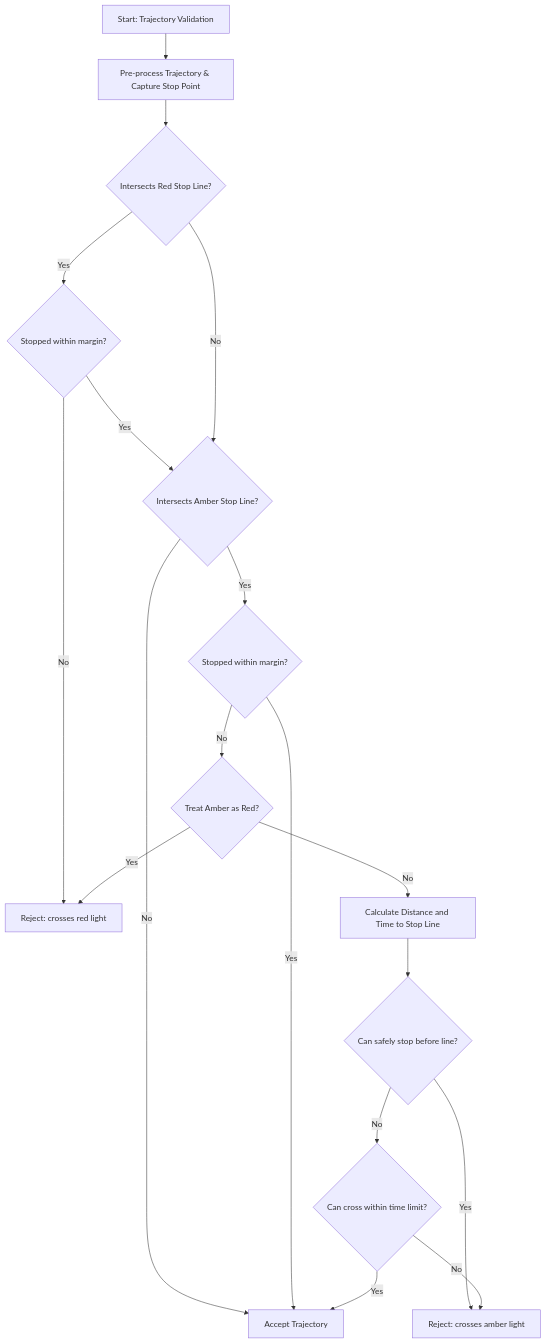
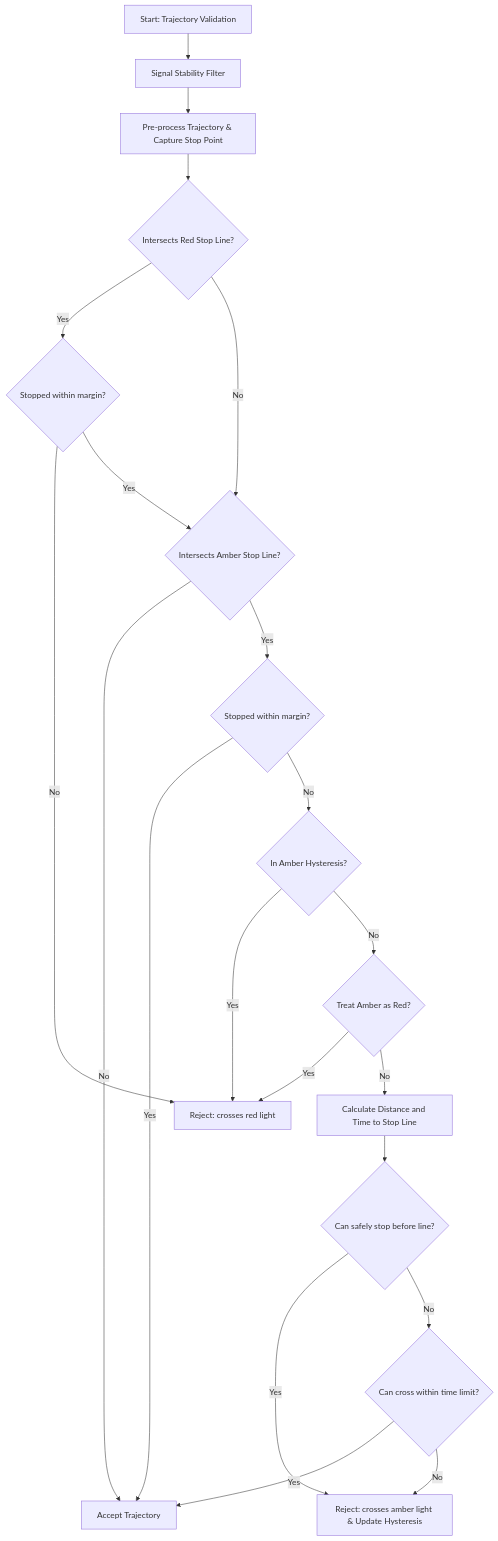
Before and after one commit to tier4/pilot_auto_planning: the diagram in universe/autoware_trajectory_validator/TrafficLightFilter.md, drawn with Mermaid. The commit also changed other lines of this file and 6 other files, not shown here.

Commit message:
feat(traffic_light_filter): add grace periods and hysteresis (tier4/autoware_universe#2992)

````diff
--- a/universe/autoware_trajectory_validator/TrafficLightFilter.md
+++ b/universe/autoware_trajectory_validator/TrafficLightFilter.md
@@ -33,20 +43,23 @@
 ```mermaid
 graph TD
-    A[Start: Trajectory Validation] --> B[Pre-process Trajectory & Capture Stop Point]
+    A[Start: Trajectory Validation] --> AS[Signal Stability Filter]
+    AS --> B[Pre-process Trajectory & Capture Stop Point]
     B --> C{Intersects Red Stop Line?}
     C -- Yes --> C1{Stopped within margin?}
     C1 -- No --> D[Reject: crosses red light]
     C1 -- Yes --> E{Intersects Amber Stop Line?}
     C -- No --> E
     E -- No --> F[Accept Trajectory]
     E -- Yes --> E1{Stopped within margin?}
     E1 -- Yes --> F
-    E1 -- No --> G{Treat Amber as Red?}
+    E1 -- No --> E2{In Amber Hysteresis?}
+    E2 -- Yes --> D
+    E2 -- No --> G{Treat Amber as Red?}
     G -- Yes --> D
     G -- No --> H[Calculate Distance and Time to Stop Line]
     H --> I{Can safely stop before line?}
-    I -- Yes --> J[Reject: crosses amber light]
+    I -- Yes --> J[Reject: crosses amber light & Update Hysteresis]
     I -- No --> K{Can cross within time limit?}
     K -- Yes --> F
     K -- No --> J
 ```
````
